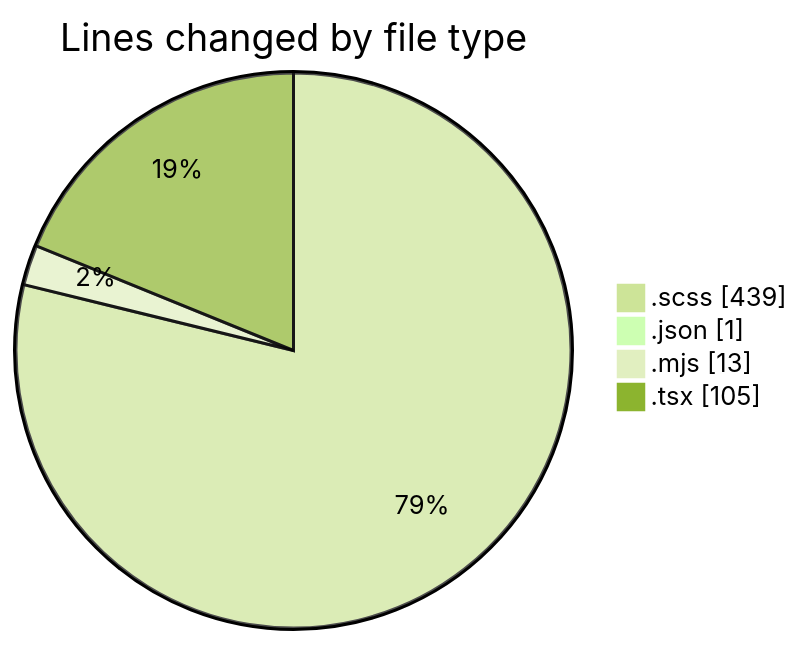
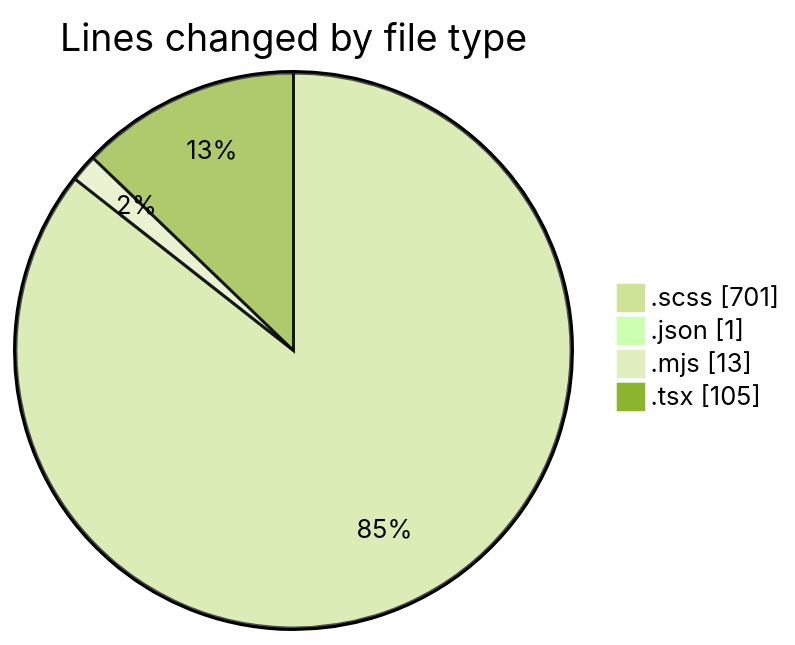
One commit to momahboobian/code-tracking changed the first of 2 diagrams in 2026-01-27/cda/README.md. Above: the diagram before and after it, drawn with Mermaid (forest theme). The commit also changed other lines of this file and 1 other file, not shown here.

````diff
--- a/2026-01-27/cda/README.md
+++ b/2026-01-27/cda/README.md
@@ -24,8 +27,8 @@
 ```mermaid
 pie showData
 title Lines changed by file type
-".scss" : 439
+".scss" : 701
 ".json" : 1
 ".mjs" : 13
 ".tsx" : 105
 ```
````
